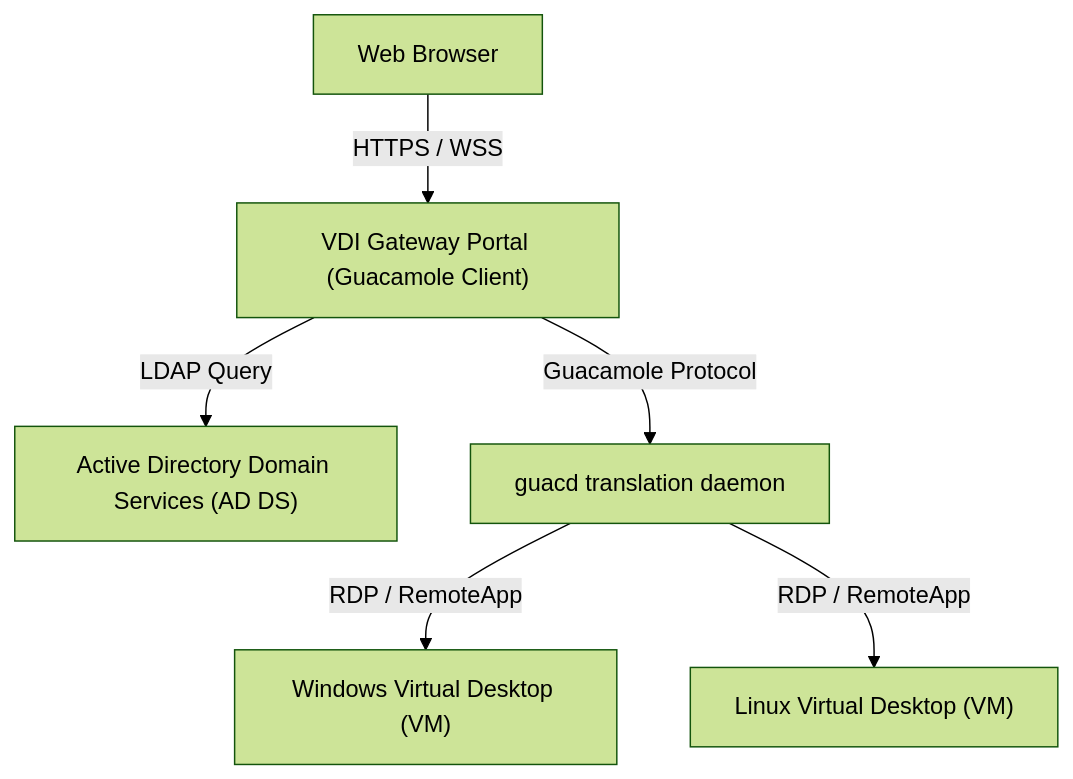
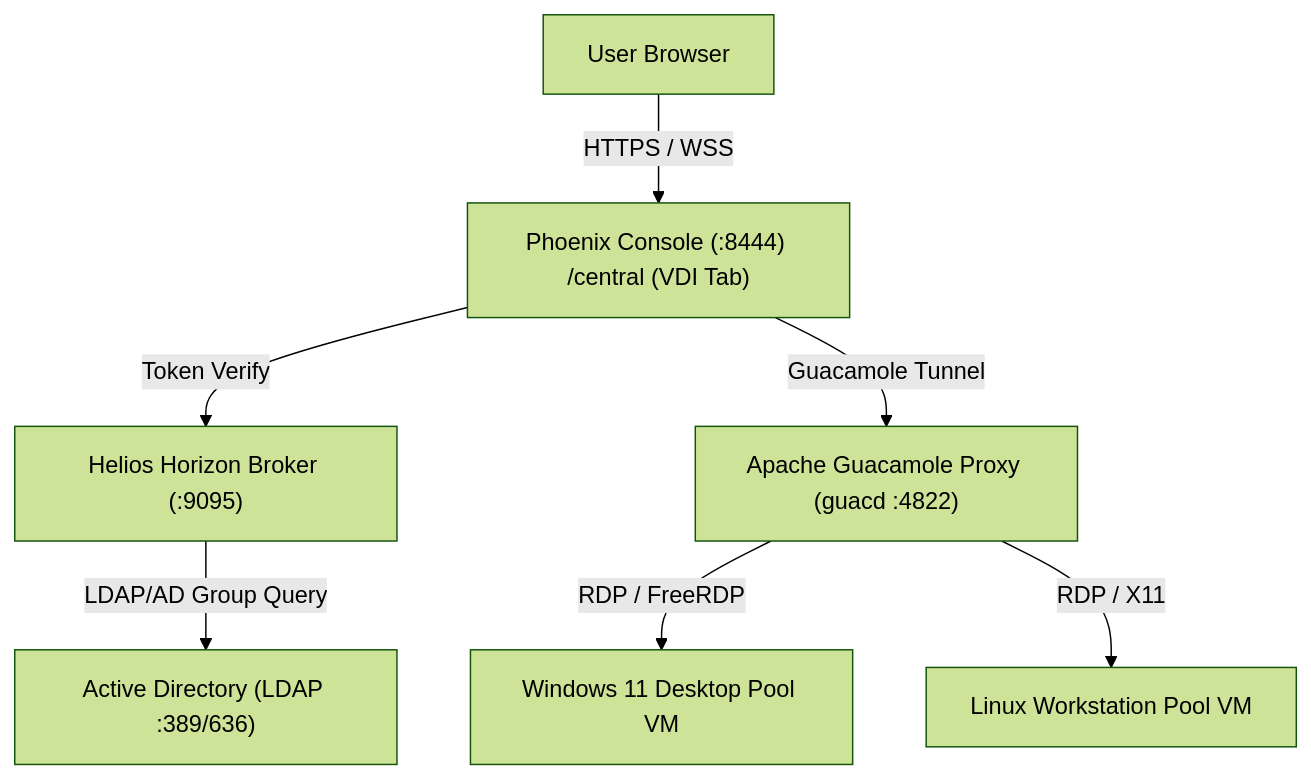
Before and after one commit to AuroraRyunix/Helios-HCI: the third of 5 diagrams in docs/add_ons_design.md, drawn with Mermaid (forest theme). The commit also changed other lines of this file and 8 other files, not shown here.

````diff
--- a/docs/add_ons_design.md
+++ b/docs/add_ons_design.md
@@ -82,8 +114,9 @@
 ```mermaid
 graph TD
-    User["Web Browser"] -- HTTPS / WSS --> Portal["VDI Gateway Portal (Guacamole Client)"]
-    Portal -- LDAP Query --> AD["Active Directory Domain Services (AD DS)"]
-    Portal -- Guacamole Protocol --> Guacd["guacd translation daemon"]
-    Guacd -- RDP / RemoteApp --> VM1["Windows Virtual Desktop (VM)"]
-    Guacd -- RDP / RemoteApp --> VM2["Linux Virtual Desktop (VM)"]
+    Client["User Browser"] -- HTTPS / WSS --> Phoenix["Phoenix Console (:8444) /central (VDI Tab)"]
+    Phoenix -- Token Verify --> Horizon["Helios Horizon Broker (:9095)"]
+    Horizon -- LDAP/AD Group Query --> AD["Active Directory (LDAP :389/636)"]
+    Phoenix -- Guacamole Tunnel --> Guacd["Apache Guacamole Proxy (guacd :4822)"]
+    Guacd -- RDP / FreeRDP --> VM1["Windows 11 Desktop Pool VM"]
+    Guacd -- RDP / X11 --> VM2["Linux Workstation Pool VM"]
 ```
````
